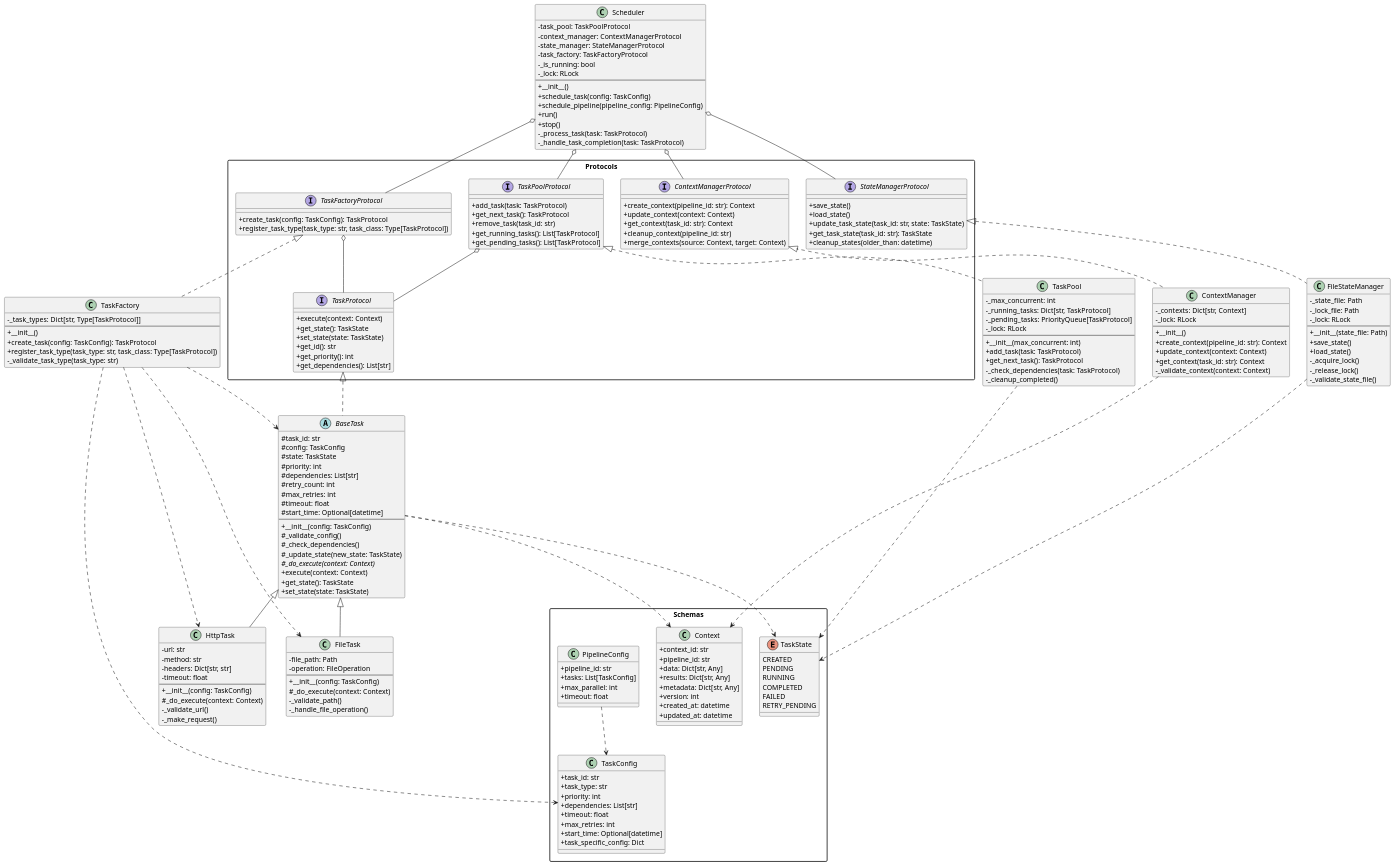
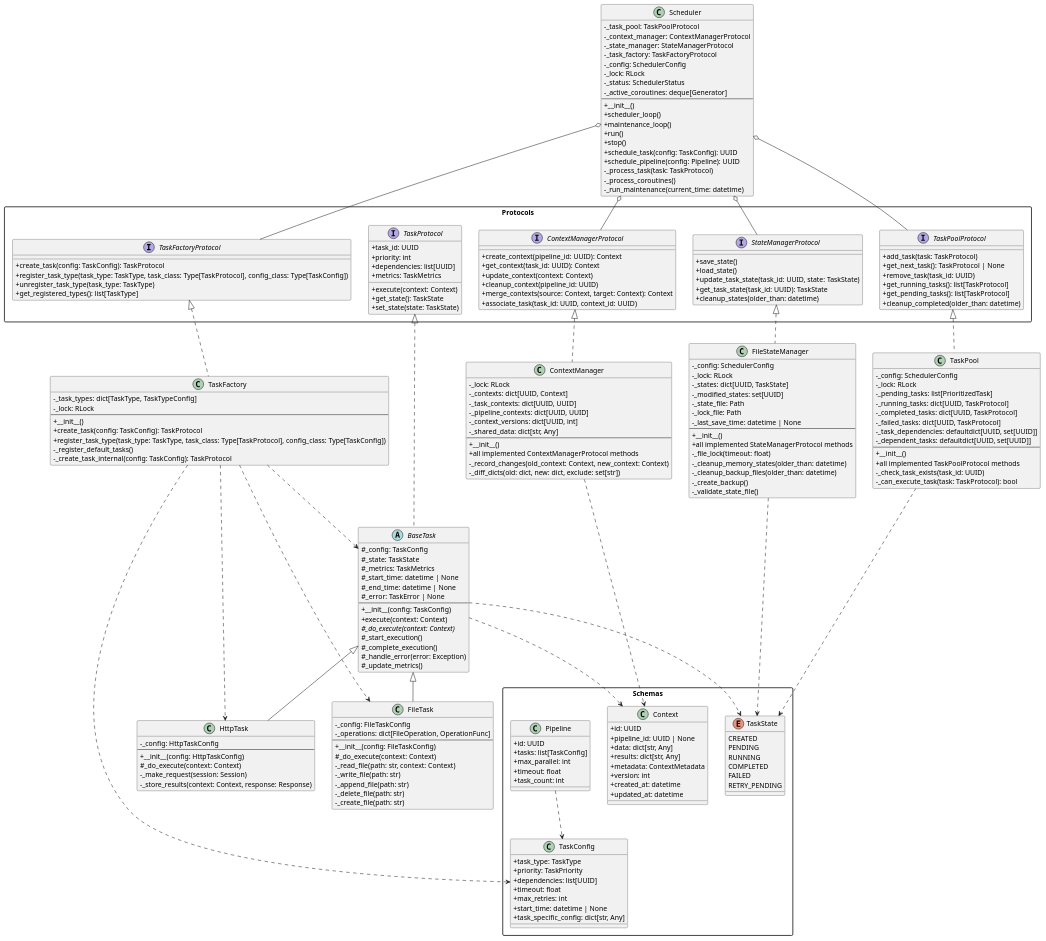
One commit to agredyaev/async-python-sprint-2 changed the diagram in docs/architecture.puml. Above: the diagram before and after it, drawn with PlantUML. The commit also changed 38 other files, not shown here.

```diff
--- a/docs/architecture.puml
+++ b/docs/architecture.puml
@@ -6,172 +6,188 @@
 ' Protocols
 package "Protocols" {
     interface "TaskProtocol" as TaskP {
+        +task_id: UUID
+        +priority: int
+        +dependencies: list[UUID]
+        +metrics: TaskMetrics
         +execute(context: Context)
         +get_state(): TaskState
         +set_state(state: TaskState)
-        +get_id(): str
-        +get_priority(): int
-        +get_dependencies(): List[str]
     }
 
     interface "TaskFactoryProtocol" as TaskFactoryP {
         +create_task(config: TaskConfig): TaskProtocol
-        +register_task_type(task_type: str, task_class: Type[TaskProtocol])
+        +register_task_type(task_type: TaskType, task_class: Type[TaskProtocol], config_class: Type[TaskConfig])
+        +unregister_task_type(task_type: TaskType)
+        +get_registered_types(): list[TaskType]
     }
 
     interface "ContextManagerProtocol" as ContextManagerP {
-        +create_context(pipeline_id: str): Context
+        +create_context(pipeline_id: UUID): Context
+        +get_context(task_id: UUID): Context
         +update_context(context: Context)
-        +get_context(task_id: str): Context
-        +cleanup_context(pipeline_id: str)
-        +merge_contexts(source: Context, target: Context)
+        +cleanup_context(pipeline_id: UUID)
+        +merge_contexts(source: Context, target: Context): Context
+        +associate_task(task_id: UUID, context_id: UUID)
     }
 
     interface "StateManagerProtocol" as StateManagerP {
         +save_state()
         +load_state()
-        +update_task_state(task_id: str, state: TaskState)
-        +get_task_state(task_id: str): TaskState
+        +update_task_state(task_id: UUID, state: TaskState)
+        +get_task_state(task_id: UUID): TaskState
         +cleanup_states(older_than: datetime)
     }
 
     interface "TaskPoolProtocol" as TaskPoolP {
         +add_task(task: TaskProtocol)
-        +get_next_task(): TaskProtocol
-        +remove_task(task_id: str)
-        +get_running_tasks(): List[TaskProtocol]
-        +get_pending_tasks(): List[TaskProtocol]
+        +get_next_task(): TaskProtocol | None
+        +remove_task(task_id: UUID)
+        +get_running_tasks(): list[TaskProtocol]
+        +get_pending_tasks(): list[TaskProtocol]
+        +cleanup_completed(older_than: datetime)
     }
 }
 
-    ' Base classes and implementations
-    abstract class "BaseTask" as BaseTask {
-        #task_id: str
-        #config: TaskConfig
-        #state: TaskState
-        #priority: int
-        #dependencies: List[str]
-        #retry_count: int
-        #max_retries: int
-        #timeout: float
-        #start_time: Optional[datetime]
-        --
-        +__init__(config: TaskConfig)
-        #_validate_config()
-        #_check_dependencies()
-        #_update_state(new_state: TaskState)
-        #{abstract} _do_execute(context: Context)
-        +execute(context: Context)
-        +get_state(): TaskState
-        +set_state(state: TaskState)
-    }
-
+' Base classes and implementations
+abstract class "BaseTask" as BaseTask {
+    #_config: TaskConfig
+    #_state: TaskState
+    #_metrics: TaskMetrics
+    #_start_time: datetime | None
+    #_end_time: datetime | None
+    #_error: TaskError | None
+    --
+    +__init__(config: TaskConfig)
+    +execute(context: Context)
+    #{abstract} _do_execute(context: Context)
+    #_start_execution()
+    #_complete_execution()
+    #_handle_error(error: Exception)
+    #_update_metrics()
+}
 
 class "FileTask" as FileTask {
-    -file_path: Path
-    -operation: FileOperation
+    -_config: FileTaskConfig
+    -_operations: dict[FileOperation, OperationFunc]
     --
-    +__init__(config: TaskConfig)
+    +__init__(config: FileTaskConfig)
     #_do_execute(context: Context)
-    -_validate_path()
-    -_handle_file_operation()
+    -_read_file(path: str, context: Context)
+    -_write_file(path: str)
+    -_append_file(path: str)
+    -_delete_file(path: str)
+    -_create_file(path: str)
 }
 
 class "HttpTask" as HttpTask {
-    -url: str
-    -method: str
-    -headers: Dict[str, str]
-    -timeout: float
+    -_config: HttpTaskConfig
     --
-    +__init__(config: TaskConfig)
+    +__init__(config: HttpTaskConfig)
     #_do_execute(context: Context)
-    -_validate_url()
-    -_make_request()
+    -_make_request(session: Session)
+    -_store_results(context: Context, response: Response)
 }
 
 class "TaskFactory" as TaskFactory {
-    -_task_types: Dict[str, Type[TaskProtocol]]
+    -_task_types: dict[TaskType, TaskTypeConfig]
+    -_lock: RLock
     --
     +__init__()
     +create_task(config: TaskConfig): TaskProtocol
-    +register_task_type(task_type: str, task_class: Type[TaskProtocol])
-    -_validate_task_type(task_type: str)
+    +register_task_type(task_type: TaskType, task_class: Type[TaskProtocol], config_class: Type[TaskConfig])
+    -_register_default_tasks()
+    -_create_task_internal(config: TaskConfig): TaskProtocol
 }
 
 class "ContextManager" as ContextManager {
-    -_contexts: Dict[str, Context]
     -_lock: RLock
+    -_contexts: dict[UUID, Context]
+    -_task_contexts: dict[UUID, UUID]
+    -_pipeline_contexts: dict[UUID, UUID]
+    -_context_versions: dict[UUID, int]
+    -_shared_data: dict[str, Any]
     --
     +__init__()
-    +create_context(pipeline_id: str): Context
-    +update_context(context: Context)
-    +get_context(task_id: str): Context
-    -_validate_context(context: Context)
+    +all implemented ContextManagerProtocol methods
+    -_record_changes(old_context: Context, new_context: Context)
+    -_diff_dicts(old: dict, new: dict, exclude: set[str])
 }
 
 class "FileStateManager" as FileStateManager {
+    -_config: SchedulerConfig
+    -_lock: RLock
+    -_states: dict[UUID, TaskState]
+    -_modified_states: set[UUID]
     -_state_file: Path
     -_lock_file: Path
-    -_lock: RLock
+    -_last_save_time: datetime | None
     --
-    +__init__(state_file: Path)
-    +save_state()
-    +load_state()
-    -_acquire_lock()
-    -_release_lock()
+    +__init__()
+    +all implemented StateManagerProtocol methods
+    -_file_lock(timeout: float)
+    -_cleanup_memory_states(older_than: datetime)
+    -_cleanup_backup_files(older_than: datetime)
+    -_create_backup()
     -_validate_state_file()
 }
 
 class "TaskPool" as TaskPool {
-    -_max_concurrent: int
-    -_running_tasks: Dict[str, TaskProtocol]
-    -_pending_tasks: PriorityQueue[TaskProtocol]
+    -_config: SchedulerConfig
     -_lock: RLock
+    -_pending_tasks: list[PrioritizedTask]
+    -_running_tasks: dict[UUID, TaskProtocol]
+    -_completed_tasks: dict[UUID, TaskProtocol]
+    -_failed_tasks: dict[UUID, TaskProtocol]
+    -_task_dependencies: defaultdict[UUID, set[UUID]]
+    -_dependent_tasks: defaultdict[UUID, set[UUID]]
     --
-    +__init__(max_concurrent: int)
-    +add_task(task: TaskProtocol)
-    +get_next_task(): TaskProtocol
-    -_check_dependencies(task: TaskProtocol)
-    -_cleanup_completed()
+    +__init__()
+    +all implemented TaskPoolProtocol methods
+    -_check_task_exists(task_id: UUID)
+    -_can_execute_task(task: TaskProtocol): bool
 }
 
-' Main Scheduler
 class "Scheduler" as Scheduler {
-    -task_pool: TaskPoolProtocol
-    -context_manager: ContextManagerProtocol
-    -state_manager: StateManagerProtocol
-    -task_factory: TaskFactoryProtocol
-    -_is_running: bool
+    -_task_pool: TaskPoolProtocol
+    -_context_manager: ContextManagerProtocol
+    -_state_manager: StateManagerProtocol
+    -_task_factory: TaskFactoryProtocol
+    -_config: SchedulerConfig
     -_lock: RLock
+    -_status: SchedulerStatus
+    -_active_coroutines: deque[Generator]
     --
     +__init__()
-    +schedule_task(config: TaskConfig)
-    +schedule_pipeline(pipeline_config: PipelineConfig)
+    +scheduler_loop()
+    +maintenance_loop()
     +run()
     +stop()
+    +schedule_task(config: TaskConfig): UUID
+    +schedule_pipeline(config: Pipeline): UUID
     -_process_task(task: TaskProtocol)
-    -_handle_task_completion(task: TaskProtocol)
+    -_process_coroutines()
+    -_run_maintenance(current_time: datetime)
 }
 
-' Models and DTOs
+' Models
 package "Schemas" {
     class "TaskConfig" as TaskConfig {
-        +task_id: str
-        +task_type: str
-        +priority: int
-        +dependencies: List[str]
+        +task_type: TaskType
+        +priority: TaskPriority
+        +dependencies: list[UUID]
         +timeout: float
         +max_retries: int
-        +start_time: Optional[datetime]
-        +task_specific_config: Dict
+        +start_time: datetime | None
+        +task_specific_config: dict[str, Any]
     }
 
     class "Context" as Context {
-        +context_id: str
-        +pipeline_id: str
-        +data: Dict[str, Any]
-        +results: Dict[str, Any]
-        +metadata: Dict[str, Any]
+        +id: UUID
+        +pipeline_id: UUID | None
+        +data: dict[str, Any]
+        +results: dict[str, Any]
+        +metadata: ContextMetadata
         +version: int
         +created_at: datetime
         +updated_at: datetime
@@ -186,19 +202,19 @@
         RETRY_PENDING
     }
 
-    class "PipelineConfig" as PipelineConfig {
-        +pipeline_id: str
-        +tasks: List[TaskConfig]
+    class "Pipeline" as Pipeline {
+        +id: UUID
+        +tasks: list[TaskConfig]
         +max_parallel: int
         +timeout: float
+        +task_count: int
     }
 }
 
-' Dependencies and relationships
+' Relationships
 TaskP <|.. BaseTask
 BaseTask <|-- FileTask
 BaseTask <|-- HttpTask
-
 
 TaskFactoryP <|.. TaskFactory
 ContextManagerP <|.. ContextManager
@@ -209,8 +225,6 @@
 Scheduler o-- ContextManagerP
 Scheduler o-- StateManagerP
 Scheduler o-- TaskFactoryP
-TaskFactoryP o-- TaskP
-TaskPoolP o-- TaskP
 
 TaskFactory ..> TaskConfig
 TaskFactory ..> BaseTask
@@ -224,5 +238,5 @@
 ContextManager ..> Context
 FileStateManager ..> TaskState
 
-PipelineConfig ..> TaskConfig
+Pipeline ..> TaskConfig
 @enduml
```
